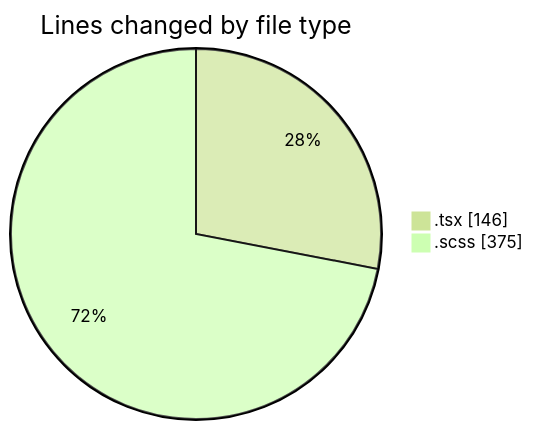
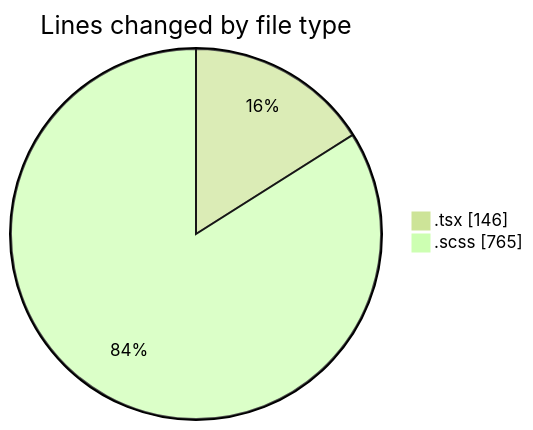
Before and after one commit to momahboobian/code-tracking: the first of 2 diagrams in 2026-03-25/cda/README.md, drawn with Mermaid (forest theme). The commit also changed other lines of this file and 1 other file, not shown here.

````diff
--- a/2026-03-25/cda/README.md
+++ b/2026-03-25/cda/README.md
@@ -21,6 +21,6 @@
 ```mermaid
 pie showData
 title Lines changed by file type
 ".tsx" : 146
-".scss" : 375
+".scss" : 765
 ```
````
